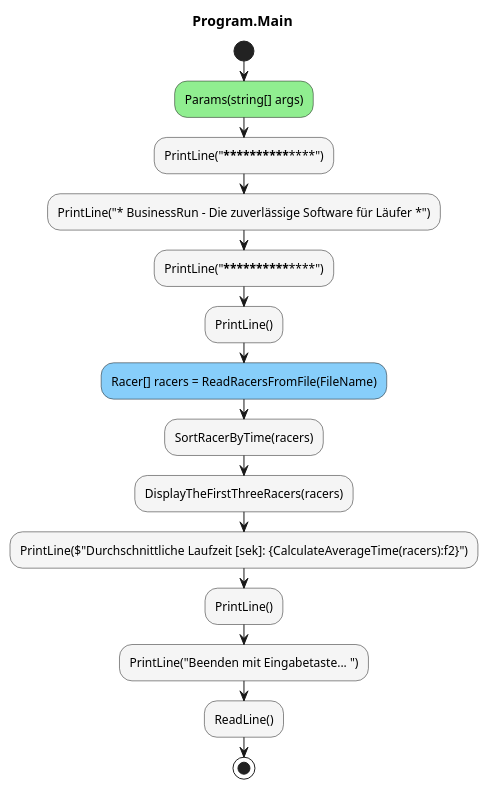
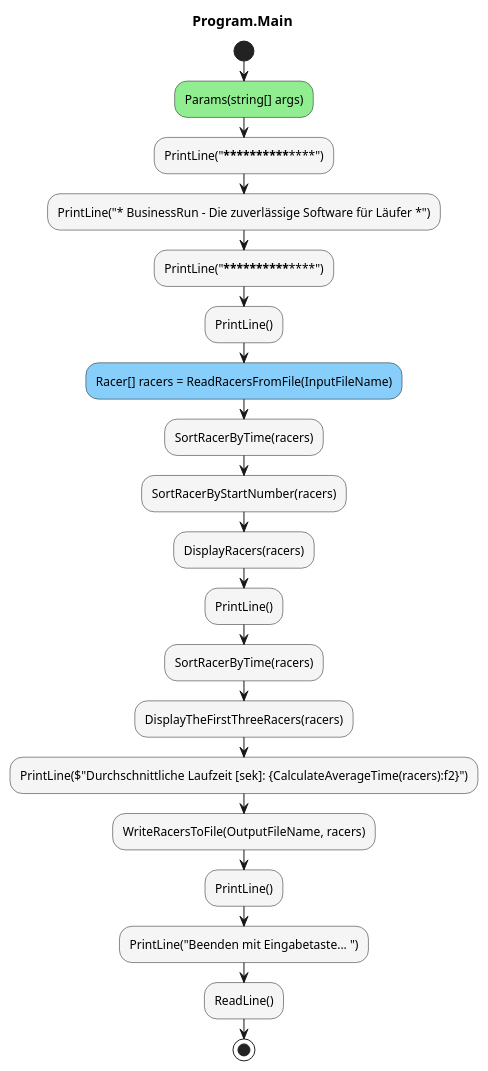
Before and after one commit to leoggehrer/2324-34_ABIF_ACIF_POSE: the diagram in BusinessRun.ConApp/diagrams/ac_Program_Main.puml, drawn with PlantUML. The commit also changed 31 other files, not shown here.

Commit message:
Generated diagrams.

```diff
--- a/BusinessRun.ConApp/diagrams/ac_Program_Main.puml
+++ b/BusinessRun.ConApp/diagrams/ac_Program_Main.puml
@@ -1,17 +1,22 @@
 @startuml Program.Main
 title Program.Main
 start
 #LightGreen:Params(string[] args);
 #WhiteSmoke:PrintLine("******************************************************");
 #WhiteSmoke:PrintLine("* BusinessRun - Die zuverlässige Software für Läufer *");
 #WhiteSmoke:PrintLine("******************************************************");
 #WhiteSmoke:PrintLine();
-#LightSkyBlue:Racer[] racers = ReadRacersFromFile(FileName);
+#LightSkyBlue:Racer[] racers = ReadRacersFromFile(InputFileName);
+#WhiteSmoke:SortRacerByTime(racers);
+#WhiteSmoke:SortRacerByStartNumber(racers);
+#WhiteSmoke:DisplayRacers(racers);
+#WhiteSmoke:PrintLine();
 #WhiteSmoke:SortRacerByTime(racers);
 #WhiteSmoke:DisplayTheFirstThreeRacers(racers);
 #WhiteSmoke:PrintLine($"Durchschnittliche Laufzeit [sek]: {CalculateAverageTime(racers):f2}");
+#WhiteSmoke:WriteRacersToFile(OutputFileName, racers);
 #WhiteSmoke:PrintLine();
 #WhiteSmoke:PrintLine("Beenden mit Eingabetaste... ");
 #WhiteSmoke:ReadLine();
 stop
 @enduml
```
